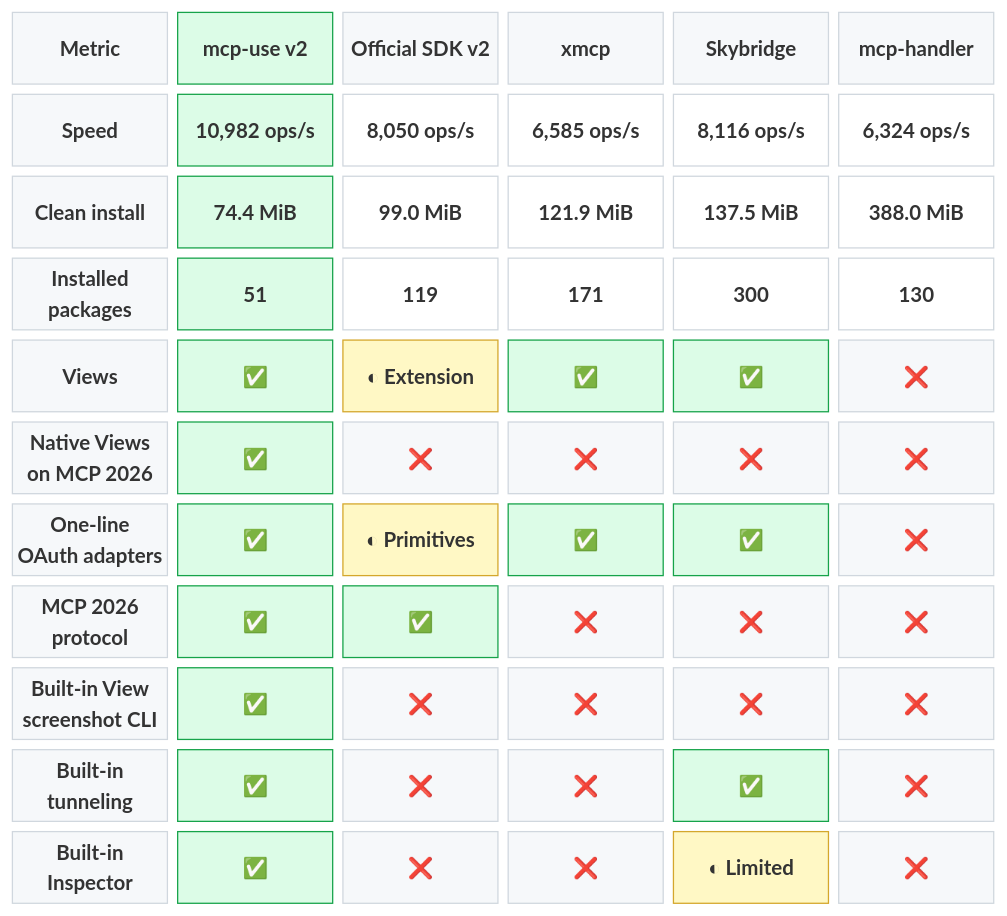
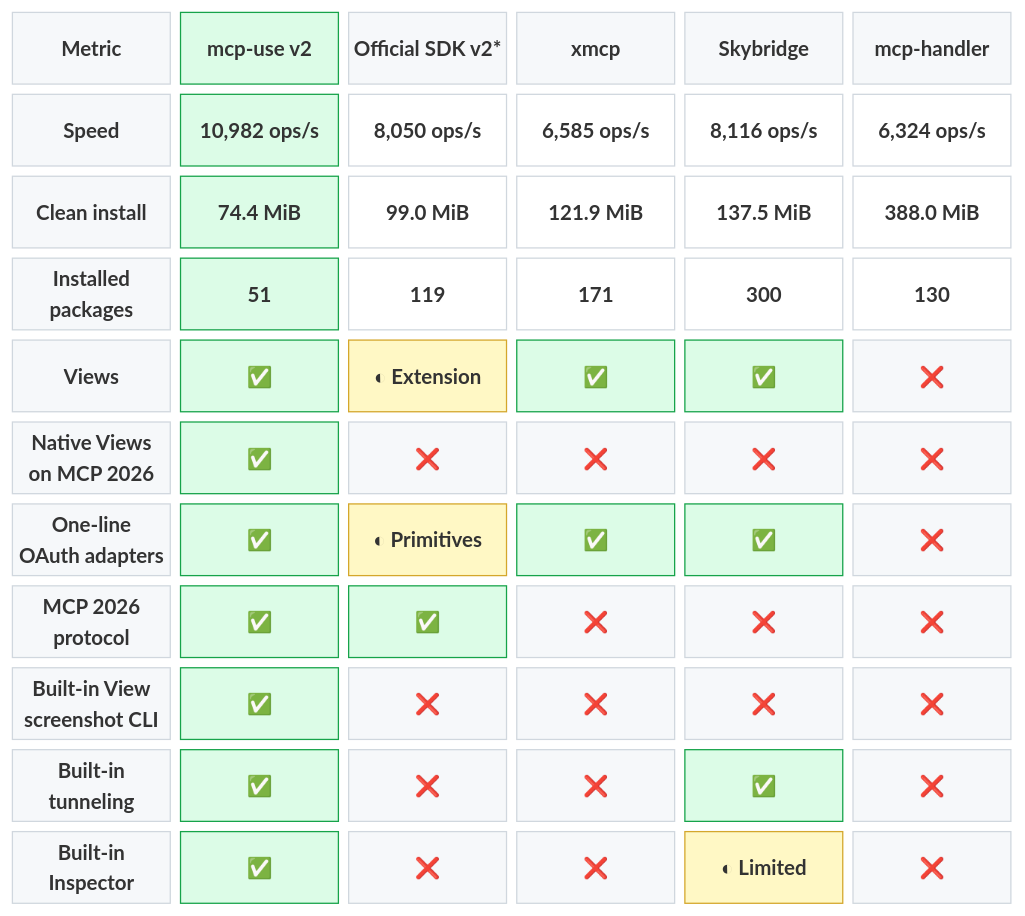
One commit to mcp-use/mcp-use changed the first of 2 diagrams in README.md. Above: the diagram before and after it, drawn with Mermaid (forest theme). The commit also changed other lines of this file, not shown here.

Commit message:
docs: clarify official SDK comparison stack

````diff
--- a/README.md
+++ b/README.md
@@ -248,33 +248,33 @@
 ```mermaid
 block-beta
   columns 6
 
-  metric["Metric"] mcp["mcp-use v2"] official["Official SDK v2"] xmcp["xmcp"] skybridge["Skybridge"] handler["mcp-handler"]
+  metric["Metric"] mcp["mcp-use v2"] official["Official SDK v2*"] xmcp["xmcp"] skybridge["Skybridge"] handler["mcp-handler"]
 
   speed["Speed"] speedMcp["10,982 ops/s"] speedOfficial["8,050 ops/s"] speedXmcp["6,585 ops/s"] speedSkybridge["8,116 ops/s"] speedHandler["6,324 ops/s"]
   install["Clean install"] installMcp["74.4 MiB"] installOfficial["99.0 MiB"] installXmcp["121.9 MiB"] installSkybridge["137.5 MiB"] installHandler["388.0 MiB"]
   packages["Installed<br/>packages"] packagesMcp["51"] packagesOfficial["119"] packagesXmcp["171"] packagesSkybridge["300"] packagesHandler["130"]
   views["Views"] viewsMcp["✅"] viewsOfficial["◐ Extension"] viewsXmcp["✅"] viewsSkybridge["✅"] viewsHandler["❌"]
   nativeViews["Native Views<br/>on MCP 2026"] nativeViewsMcp["✅"] nativeViewsOfficial["❌"] nativeViewsXmcp["❌"] nativeViewsSkybridge["❌"] nativeViewsHandler["❌"]
   oauth["One-line<br/>OAuth adapters"] oauthMcp["✅"] oauthOfficial["◐ Primitives"] oauthXmcp["✅"] oauthSkybridge["✅"] oauthHandler["❌"]
   protocol["MCP 2026<br/>protocol"] protocolMcp["✅"] protocolOfficial["✅"] protocolXmcp["❌"] protocolSkybridge["❌"] protocolHandler["❌"]
   screenshot["Built-in View<br/>screenshot CLI"] screenshotMcp["✅"] screenshotOfficial["❌"] screenshotXmcp["❌"] screenshotSkybridge["❌"] screenshotHandler["❌"]
   tunnel["Built-in<br/>tunneling"] tunnelMcp["✅"] tunnelOfficial["❌"] tunnelXmcp["❌"] tunnelSkybridge["✅"] tunnelHandler["❌"]
   inspector["Built-in<br/>Inspector"] inspectorMcp["✅"] inspectorOfficial["❌"] inspectorXmcp["❌"] inspectorSkybridge["◐ Limited"] inspectorHandler["❌"]
 
   classDef label fill:#f6f8fa,stroke:#d0d7de,color:#1f2328,font-weight:bold
   classDef brand fill:#dcfce7,stroke:#16a34a,color:#166534,font-weight:bold
   classDef header fill:#f6f8fa,stroke:#d0d7de,color:#1f2328,font-weight:bold
   classDef value fill:#ffffff,stroke:#d0d7de,color:#1f2328
   classDef leader fill:#dcfce7,stroke:#16a34a,color:#166534,font-weight:bold
   classDef partial fill:#fff8c5,stroke:#d4a72c,color:#633c01,font-weight:bold
   classDef unavailable fill:#f6f8fa,stroke:#d0d7de,color:#6e7781
 
   class metric,speed,install,packages,views,nativeViews,oauth,protocol,screenshot,tunnel,inspector label
   class mcp brand
   class official,xmcp,skybridge,handler header
   class speedOfficial,speedXmcp,speedSkybridge,speedHandler,installOfficial,installXmcp,installSkybridge,installHandler,packagesOfficial,packagesXmcp,packagesSkybridge,packagesHandler value
   class speedMcp,installMcp,packagesMcp,viewsMcp,viewsXmcp,viewsSkybridge,nativeViewsMcp,oauthMcp,oauthXmcp,oauthSkybridge,protocolMcp,protocolOfficial,screenshotMcp,tunnelMcp,tunnelSkybridge,inspectorMcp leader
   class viewsOfficial,oauthOfficial,inspectorSkybridge partial
   class viewsHandler,nativeViewsOfficial,nativeViewsXmcp,nativeViewsSkybridge,nativeViewsHandler,oauthHandler,protocolXmcp,protocolSkybridge,protocolHandler,screenshotOfficial,screenshotXmcp,screenshotSkybridge,screenshotHandler,tunnelOfficial,tunnelXmcp,tunnelHandler,inspectorOfficial,inspectorXmcp,inspectorHandler unavailable
 ```
````
